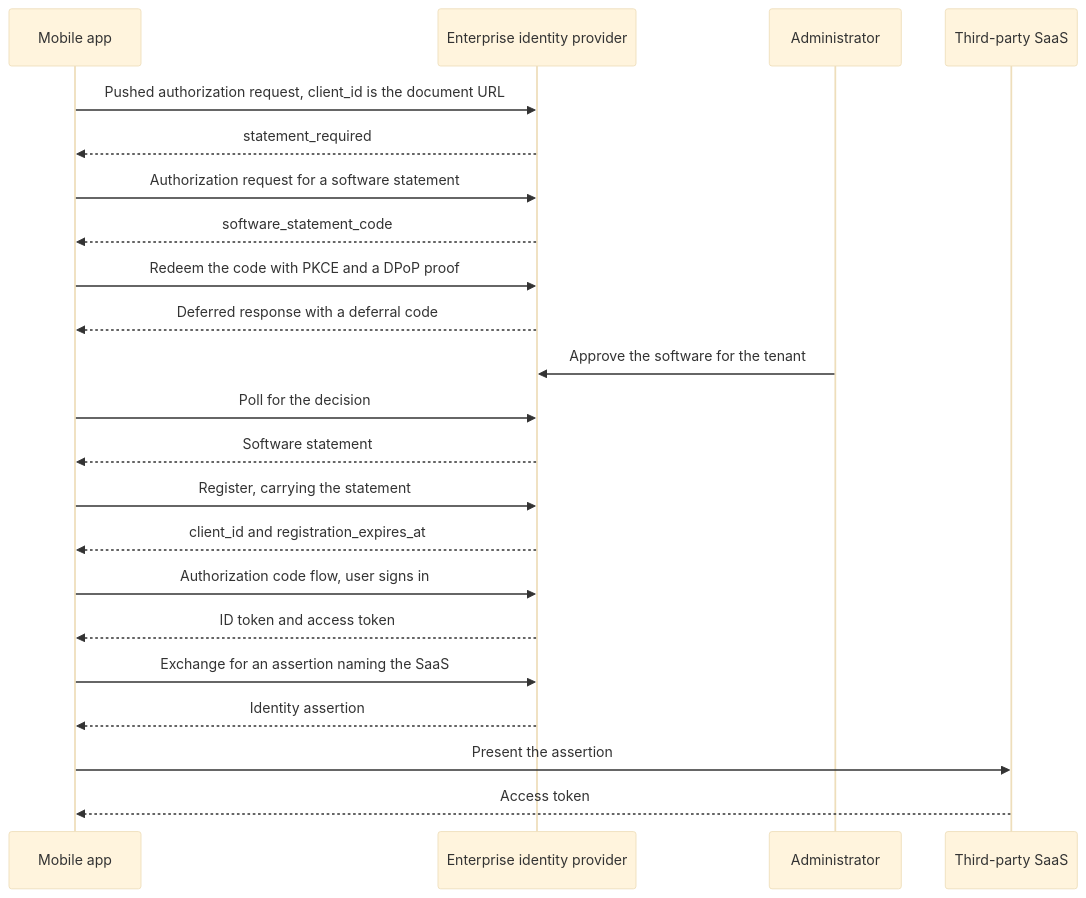
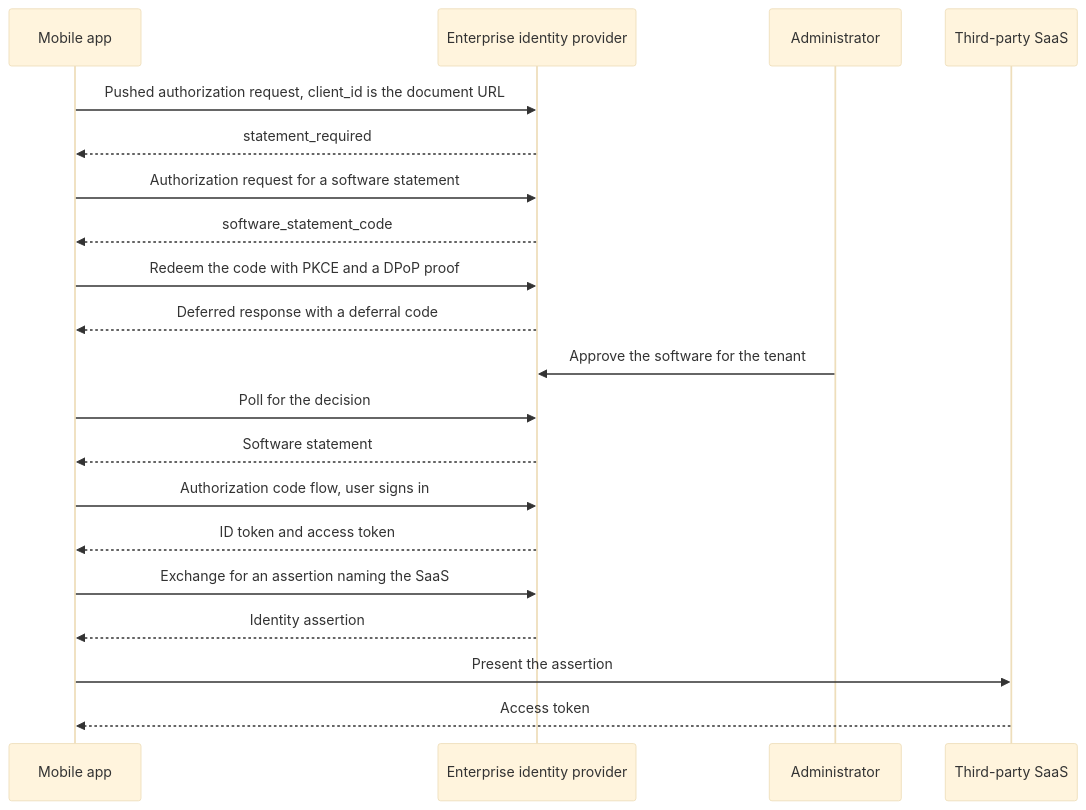
One commit to mcguinness/draft-mcguinness-oauth-software-statement-issuance changed the diagram in mobile-app-sketch.md. Above: the diagram before and after it, drawn with Mermaid (base theme). The commit also changed other lines of this file and 2 other files, not shown here.

````diff
--- a/mobile-app-sketch.md
+++ b/mobile-app-sketch.md
@@ -93,24 +93,22 @@
 ```mermaid
 sequenceDiagram
     participant App as Mobile app
     participant IdP as Enterprise identity provider
     participant Admin as Administrator
     participant SaaS as Third-party SaaS
     App->>IdP: Pushed authorization request, client_id is the document URL
     IdP-->>App: statement_required
     App->>IdP: Authorization request for a software statement
     IdP-->>App: software_statement_code
     App->>IdP: Redeem the code with PKCE and a DPoP proof
     IdP-->>App: Deferred response with a deferral code
     Admin->>IdP: Approve the software for the tenant
     App->>IdP: Poll for the decision
     IdP-->>App: Software statement
-    App->>IdP: Register, carrying the statement
-    IdP-->>App: client_id and registration_expires_at
     App->>IdP: Authorization code flow, user signs in
     IdP-->>App: ID token and access token
     App->>IdP: Exchange for an assertion naming the SaaS
     IdP-->>App: Identity assertion
     App->>SaaS: Present the assertion
     SaaS-->>App: Access token
 ```
````
